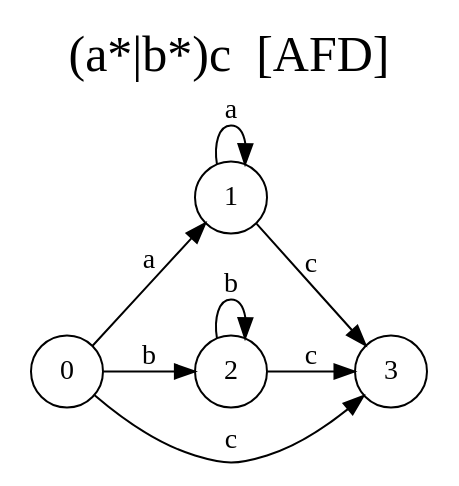
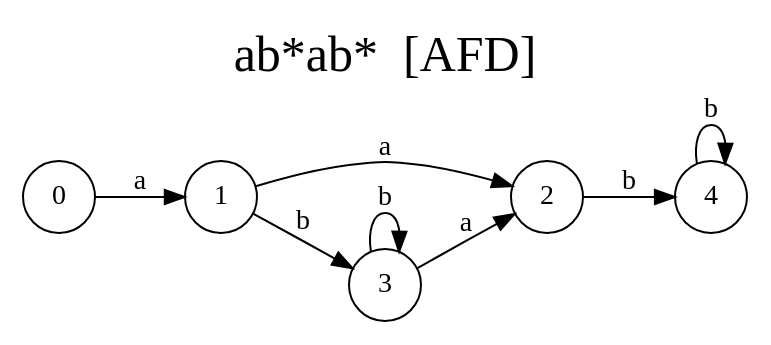
The diagram in docs/automataAFD.dot (CrisLayB/ProgrammingLanguageDesign), drawn with Graphviz before and after one commit. The commit also changed 7 other files, not shown here.

```diff
--- a/docs/automataAFD.dot
+++ b/docs/automataAFD.dot
@@ -1,18 +1,18 @@
 digraph "Resultado Automata AFD" {
-	label = "(a*|b*)c  [AFD]"
+	label = "ab*ab*  [AFD]"
 	labelloc  =  t
 	fontsize  = 25
 	rankdir=LR size="8,5"
 	node [shape=doublecircle]
 	node [shape=circle]
 	0
 	node [shape=none]
 	node [shape=circle]
 	0 -> 1[label="a"]
-	0 -> 2[label="b"]
-	0 -> 3[label="c"]
-	2 -> 2[label="b"]
-	2 -> 3[label="c"]
-	1 -> 1[label="a"]
-	1 -> 3[label="c"]
+	1 -> 2[label="a"]
+	1 -> 3[label="b"]
+	3 -> 2[label="a"]
+	3 -> 3[label="b"]
+	2 -> 4[label="b"]
+	4 -> 4[label="b"]
 }
```
